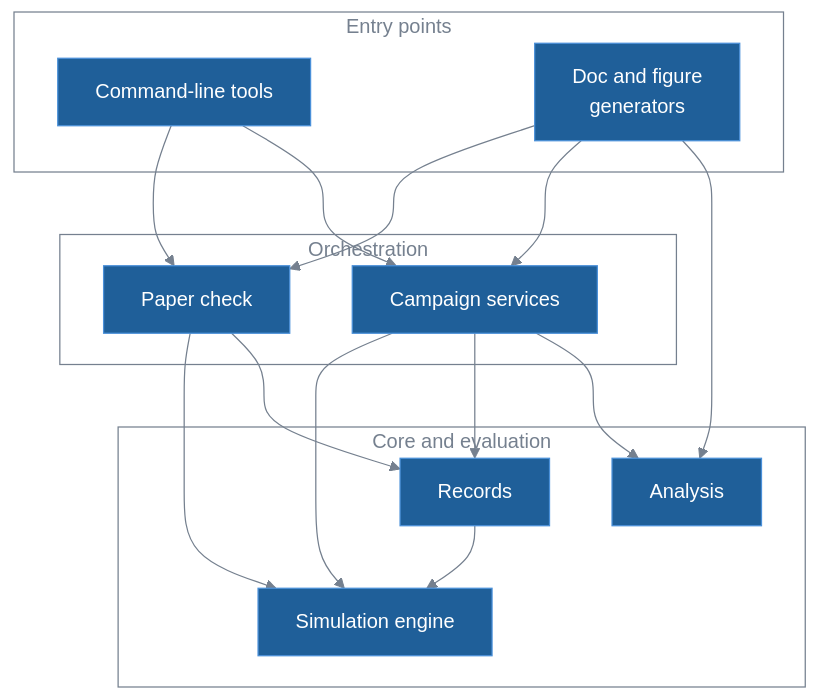
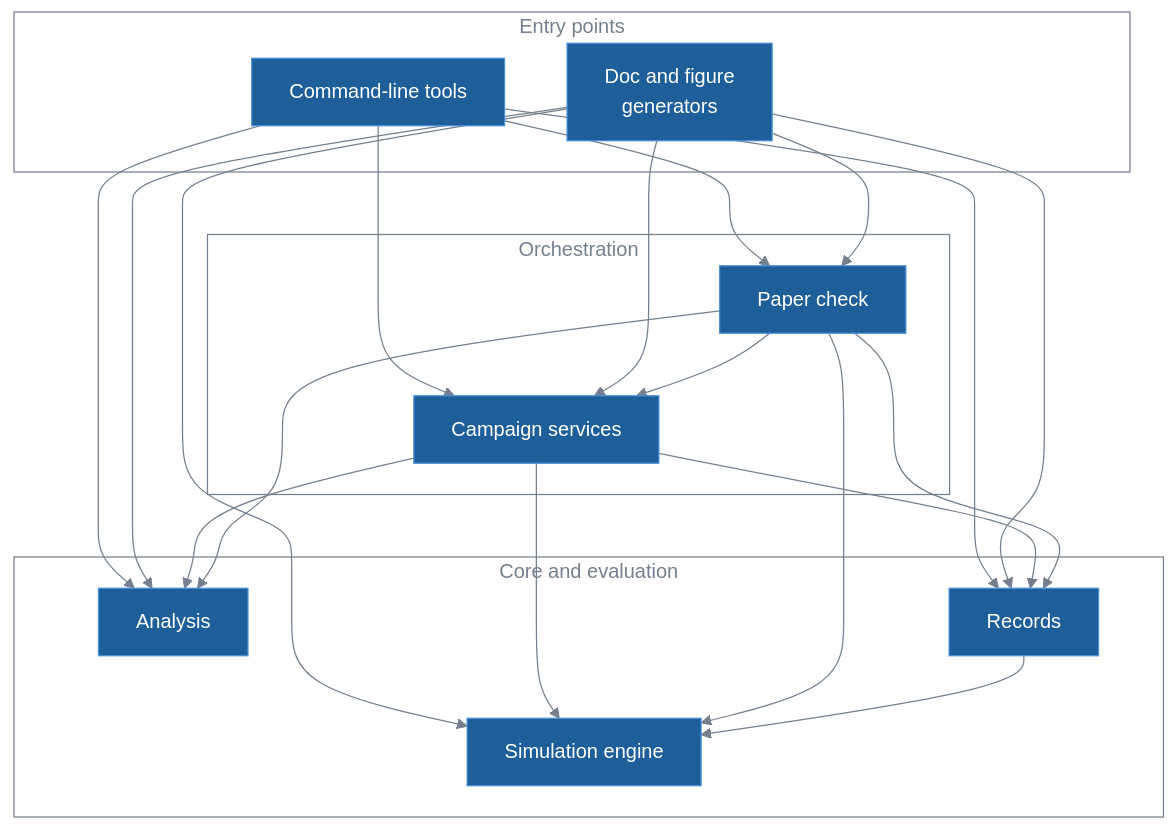
The first of 2 diagrams in docs/codes/architecture.md (lykimq/HerdSim), drawn with Mermaid before and after one commit. The commit also changed other lines of this file and 10 other files, not shown here.

````diff
--- a/docs/codes/architecture.md
+++ b/docs/codes/architecture.md
@@ -20,29 +20,35 @@
 ```mermaid
 %%{init: {"theme": "base", "themeVariables": {"primaryColor": "#1f5f99", "primaryTextColor": "#ffffff", "primaryBorderColor": "#4a90d9", "lineColor": "#75808f", "tertiaryTextColor": "#75808f", "titleColor": "#75808f", "clusterBkg": "transparent", "clusterBorder": "#75808f", "edgeLabelBackground": "transparent"}}}%%
 flowchart TB
     subgraph entry["Entry points"]
         cli["Command-line tools"]
         docs["Doc and figure<br/>generators"]
     end
     subgraph orch["Orchestration"]
         campaign["Campaign services"]
         paper["Paper check"]
     end
     subgraph core["Core and evaluation"]
         analysis["Analysis"]
         records["Records"]
         engine["Simulation engine"]
     end
 
     cli --> campaign
     cli --> paper
+    cli --> analysis
+    cli --> records
+    docs --> records
     docs --> analysis
     docs --> campaign
     docs --> paper
+    docs --> engine
     campaign --> analysis
     campaign --> records
     campaign --> engine
+    paper --> campaign
+    paper --> analysis
     paper --> records
     paper --> engine
     records --> engine
 ```
````
